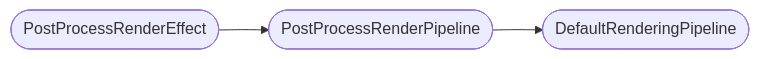
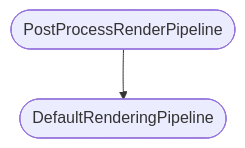
The first of 4 diagrams in babylon/rendering_pipeline.md (zxgaoray/OpenGISNote), drawn with Mermaid before and after one commit. The commit also changed other lines of this file, not shown here.

Commit message:
pipeline

````diff
--- a/babylon/rendering_pipeline.md
+++ b/babylon/rendering_pipeline.md
@@ -3,8 +4,8 @@
 ```mermaid
-graph LR
+graph TD
 
-    效果([PostProcessRenderEffect])
-    --> 后处理([PostProcessRenderPipeline])
+
+    后处理([PostProcessRenderPipeline])
     --> 默认([DefaultRenderingPipeline])
 
 ```
````
